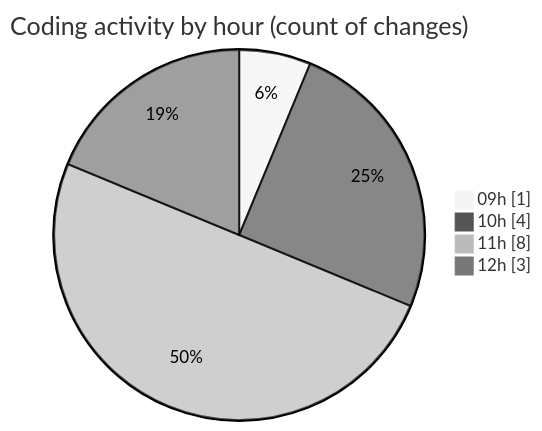
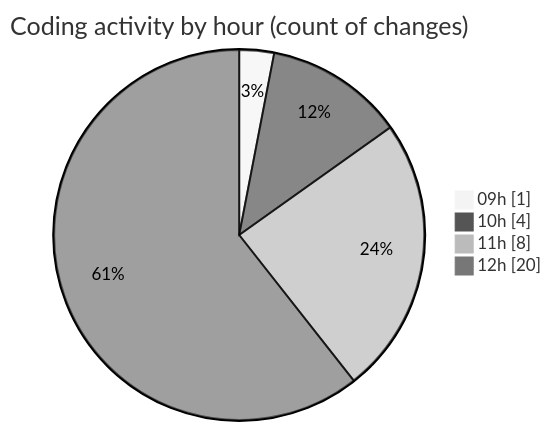
One commit to momahboobian/code-tracking changed the second of 2 diagrams in 2025-10-21/cda/README.md. Above: the diagram before and after it, drawn with Mermaid (neutral theme). The commit also changed other lines of this file and 1 other file, not shown here.

````diff
--- a/2025-10-21/cda/README.md
+++ b/2025-10-21/cda/README.md
@@ -36,8 +38,8 @@
 ```mermaid
 pie showData
 title Coding activity by hour (count of changes)
 "09h" : 1
 "10h" : 4
 "11h" : 8
-"12h" : 3
+"12h" : 20
 ```
````
